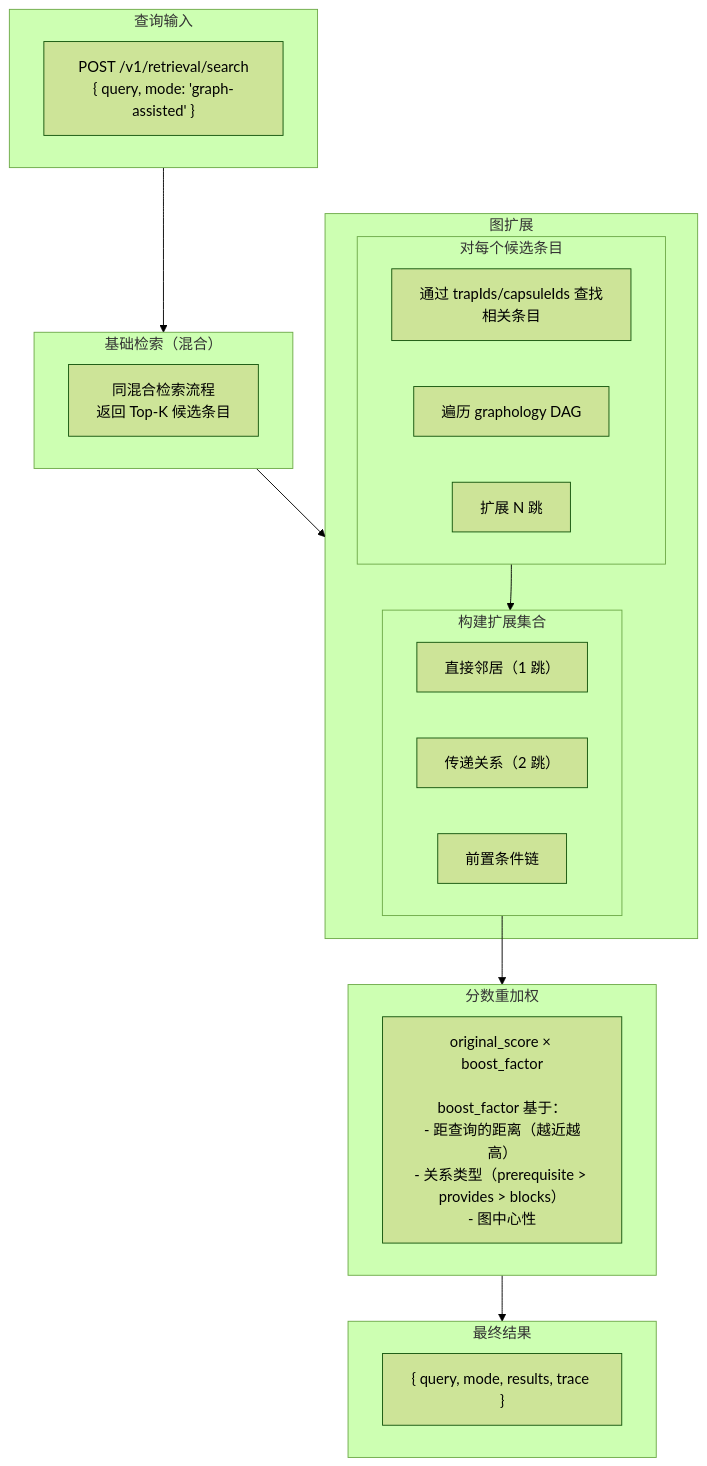
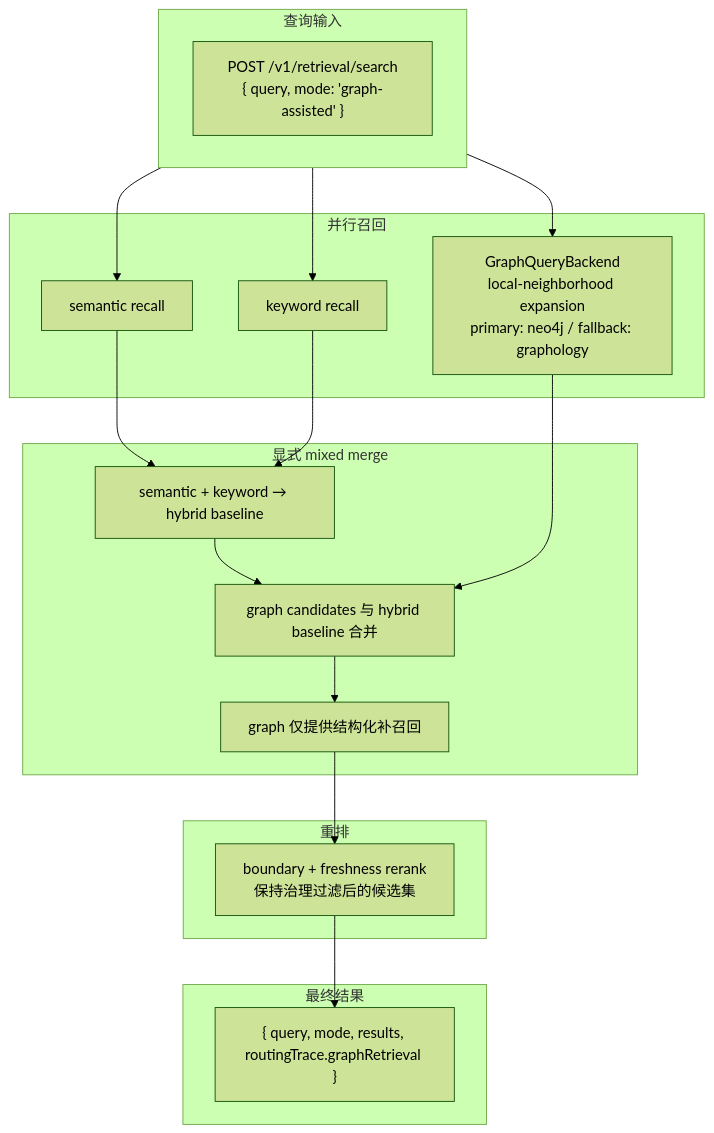
One commit to pofossette/TrapMap-for-vibing changed the sixth of 8 diagrams in docs/architecture/components/RETRIEVAL.md. Above: the diagram before and after it, drawn with Mermaid (forest theme). The commit also changed other lines of this file and 50 other files, not shown here.

First line of the commit message:
feat(graph-query+retrieval): add graph-query module with Neo4j backend, improve retrieval orchestration

````diff
--- a/docs/architecture/components/RETRIEVAL.md
+++ b/docs/architecture/components/RETRIEVAL.md
@@ -163,35 +172,35 @@
 ```mermaid
 flowchart TB
     subgraph 查询输入["查询输入"]
         A["POST /v1/retrieval/search\n{ query, mode: 'graph-assisted' }"]
     end
 
-    subgraph 基础检索["基础检索（混合）"]
-        B["同混合检索流程\n返回 Top-K 候选条目"]
+    subgraph 多路召回["并行召回"]
+        B1["semantic recall"]
+        B2["keyword recall"]
+        B3["GraphQueryBackend\nlocal-neighborhood expansion\nprimary: neo4j / fallback: graphology"]
     end
 
-    subgraph 图扩展["图扩展"]
-        subgraph 遍历["对每个候选条目"]
-            C1["通过 trapIds/capsuleIds 查找相关条目"]
-            C2["遍历 graphology DAG"]
-            C3["扩展 N 跳"]
-        end
-
-        subgraph 构建集合["构建扩展集合"]
-            D1["直接邻居（1 跳）"]
-            D2["传递关系（2 跳）"]
-            D3["前置条件链"]
-        end
+    subgraph Mixed Merge["显式 mixed merge"]
+        C1["semantic + keyword → hybrid baseline"]
+        C2["graph candidates 与 hybrid baseline 合并"]
+        C3["graph 仅提供结构化补召回"]
     end
 
-    subgraph 分数重加权["分数重加权"]
-        E["original_score × boost_factor\n\nboost_factor 基于：\n- 距查询的距离（越近越高）\n- 关系类型（prerequisite > provides > blocks）\n- 图中心性"]
+    subgraph 重排["重排"]
+        D["boundary + freshness rerank\n保持治理过滤后的候选集"]
     end
 
     subgraph 最终结果["最终结果"]
-        F["{ query, mode, results, trace }"]
+        E["{ query, mode, results, routingTrace.graphRetrieval }"]
     end
 
-    查询输入 --> 基础检索 --> 图扩展
-    遍历 --> 构建集合 --> 分数重加权 --> 最终结果
+    查询输入 --> B1
+    查询输入 --> B2
+    查询输入 --> B3
+    B1 --> C1
+    B2 --> C1
+    C1 --> C2
+    B3 --> C2
+    C2 --> C3 --> D --> E
 ```
````
